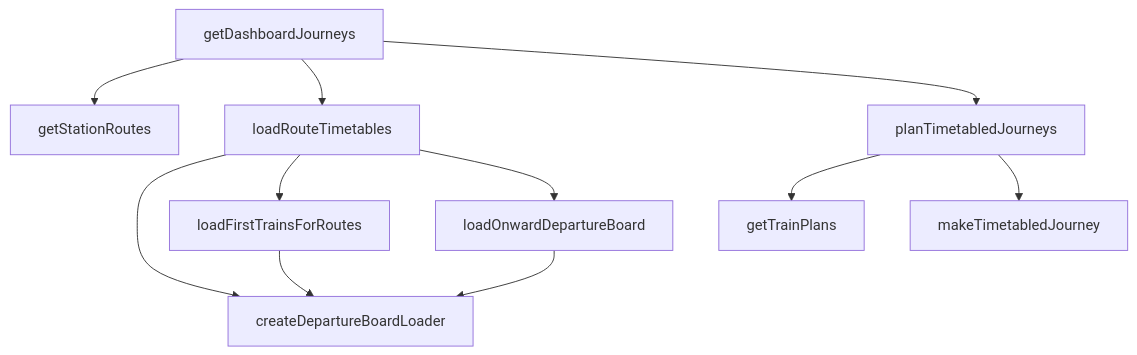
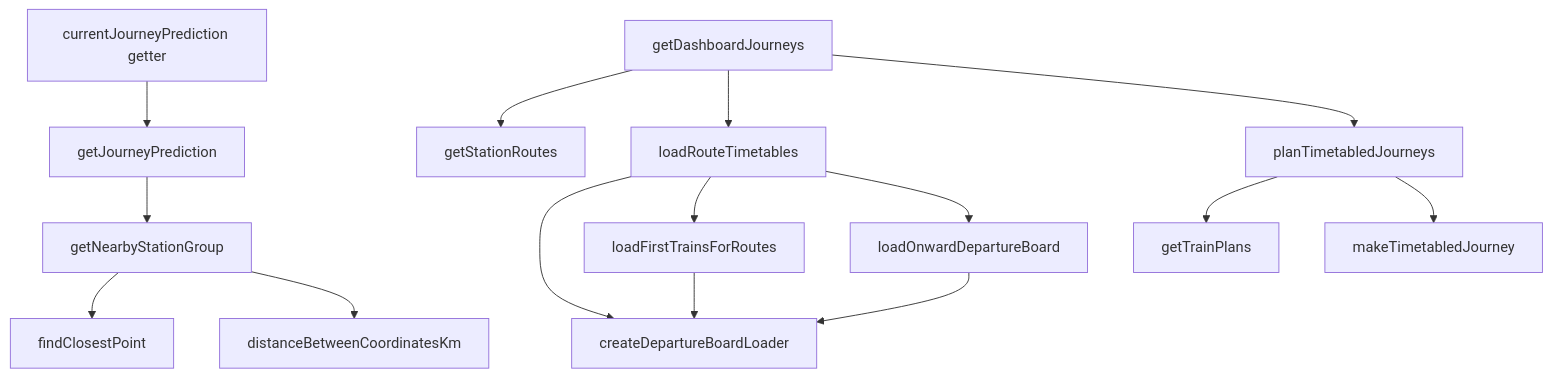
The second of 4 diagrams in docs/journey-planning.md (nd9600/trainDashboard), drawn with Mermaid before and after one commit. The commit also changed other lines of this file and 13 other files, not shown here.

Commit message:
working on distance-based prediction

````diff
--- a/docs/journey-planning.md
+++ b/docs/journey-planning.md
@@ -35,23 +39,30 @@
 ```mermaid
 flowchart TD
+    selection[currentJourneyPrediction getter]
+    prediction[getJourneyPrediction]
+    nearby[getNearbyStationGroup]
     dashboard[getDashboardJourneys]
     routes[getStationRoutes]
     load[loadRouteTimetables]
     requests[createDepartureBoardLoader]
     first[loadFirstTrainsForRoutes]
     onward[loadOnwardDepartureBoard]
     plan[planTimetabledJourneys]
     trainPlans[getTrainPlans]
     make[makeTimetabledJourney]
 
+    selection --> prediction
+    prediction --> nearby
+    nearby --> closest[findClosestPoint]
+    nearby --> distance[distanceBetweenCoordinatesKm]
     dashboard --> routes
     dashboard --> load
     load --> requests
     load --> first
     load --> onward
     first --> requests
     onward --> requests
     dashboard --> plan
     plan --> trainPlans
     plan --> make
 ```
````
